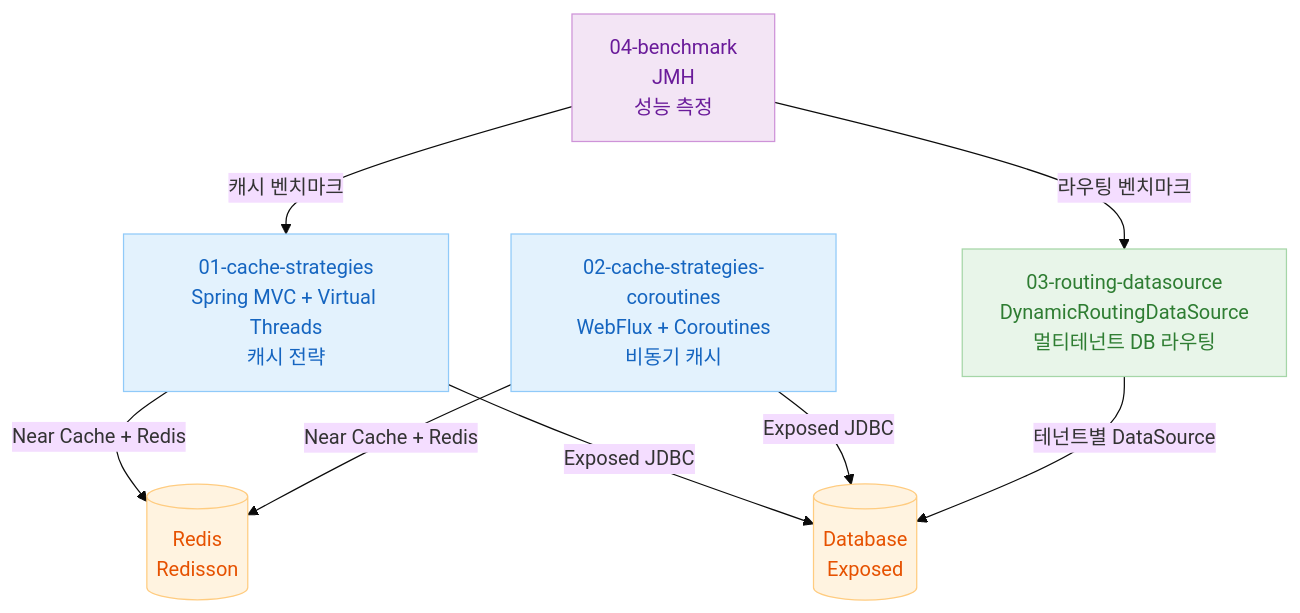
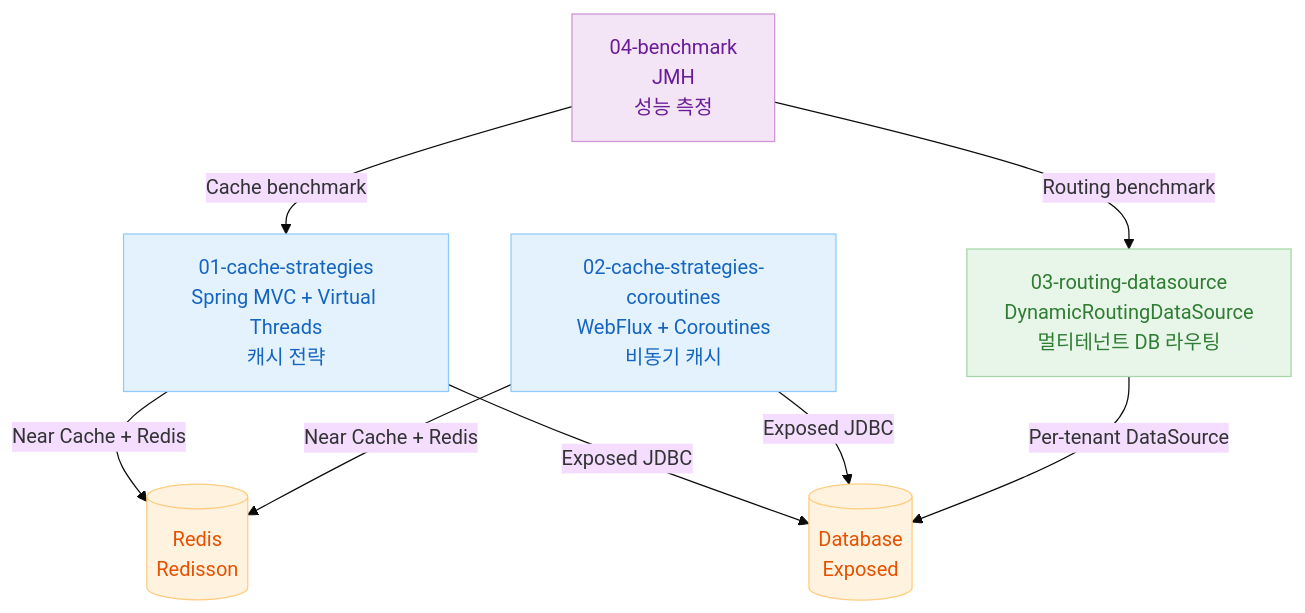
The first of 2 diagrams in 11-high-performance/README.md (bluetape4k/exposed-workshop), drawn with Mermaid (base theme) before and after one commit. The commit also changed other lines of this file and 115 other files, not shown here.

````diff
--- a/11-high-performance/README.md
+++ b/11-high-performance/README.md
@@ -31,28 +33,28 @@
 ```mermaid
 flowchart TD
     M1[01-cache-strategies\nSpring MVC + Virtual Threads\n캐시 전략]
     M2[02-cache-strategies-coroutines\nWebFlux + Coroutines\n비동기 캐시]
     M3[03-routing-datasource\nDynamicRoutingDataSource\n멀티테넌트 DB 라우팅]
     M4[04-benchmark\nJMH\n성능 측정]
 
     Redis[(Redis\nRedisson)]
     DB[(Database\nExposed)]
 
     M1 -- Near Cache + Redis --> Redis
     M1 -- Exposed JDBC --> DB
     M2 -- Near Cache + Redis --> Redis
     M2 -- Exposed JDBC --> DB
-    M3 -- 테넌트별 DataSource --> DB
-    M4 -- 캐시 벤치마크 --> M1
-    M4 -- 라우팅 벤치마크 --> M3
+    M3 -- Per-tenant DataSource --> DB
+    M4 -- Cache benchmark --> M1
+    M4 -- Routing benchmark --> M3
 
     classDef blue fill:#E3F2FD,stroke:#90CAF9,color:#1565C0
     classDef green fill:#E8F5E9,stroke:#A5D6A7,color:#2E7D32
     classDef purple fill:#F3E5F5,stroke:#CE93D8,color:#6A1B9A
     classDef orange fill:#FFF3E0,stroke:#FFCC80,color:#E65100
 
     class M1,M2 blue
     class M3 green
     class M4 purple
     class Redis,DB orange
 ```
````
